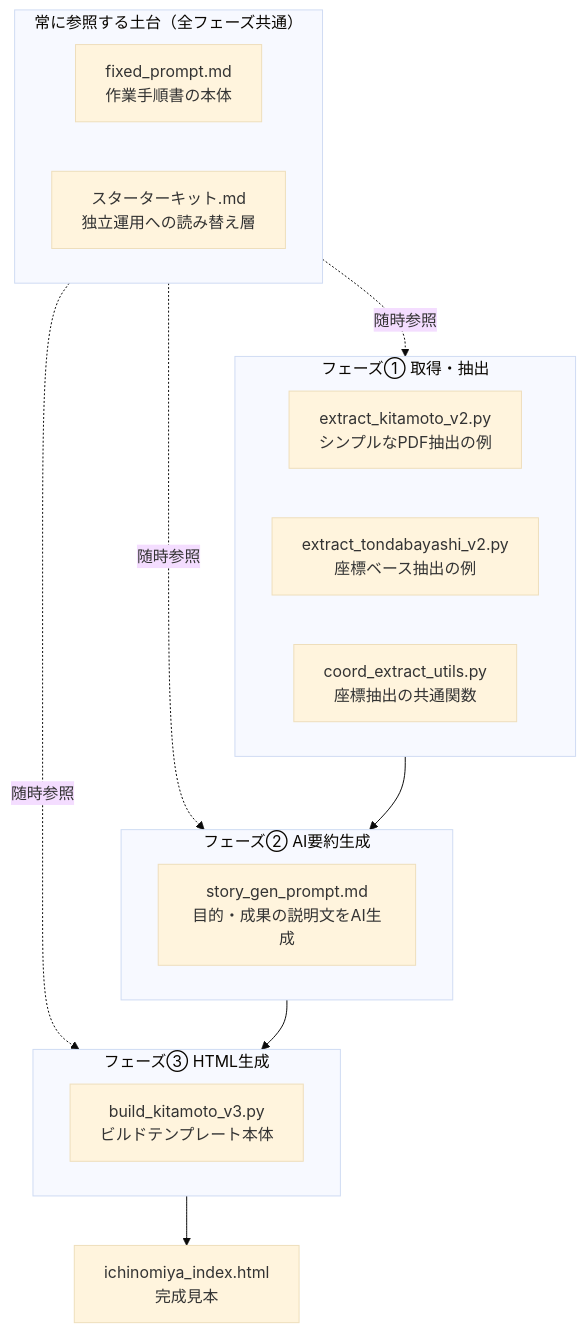
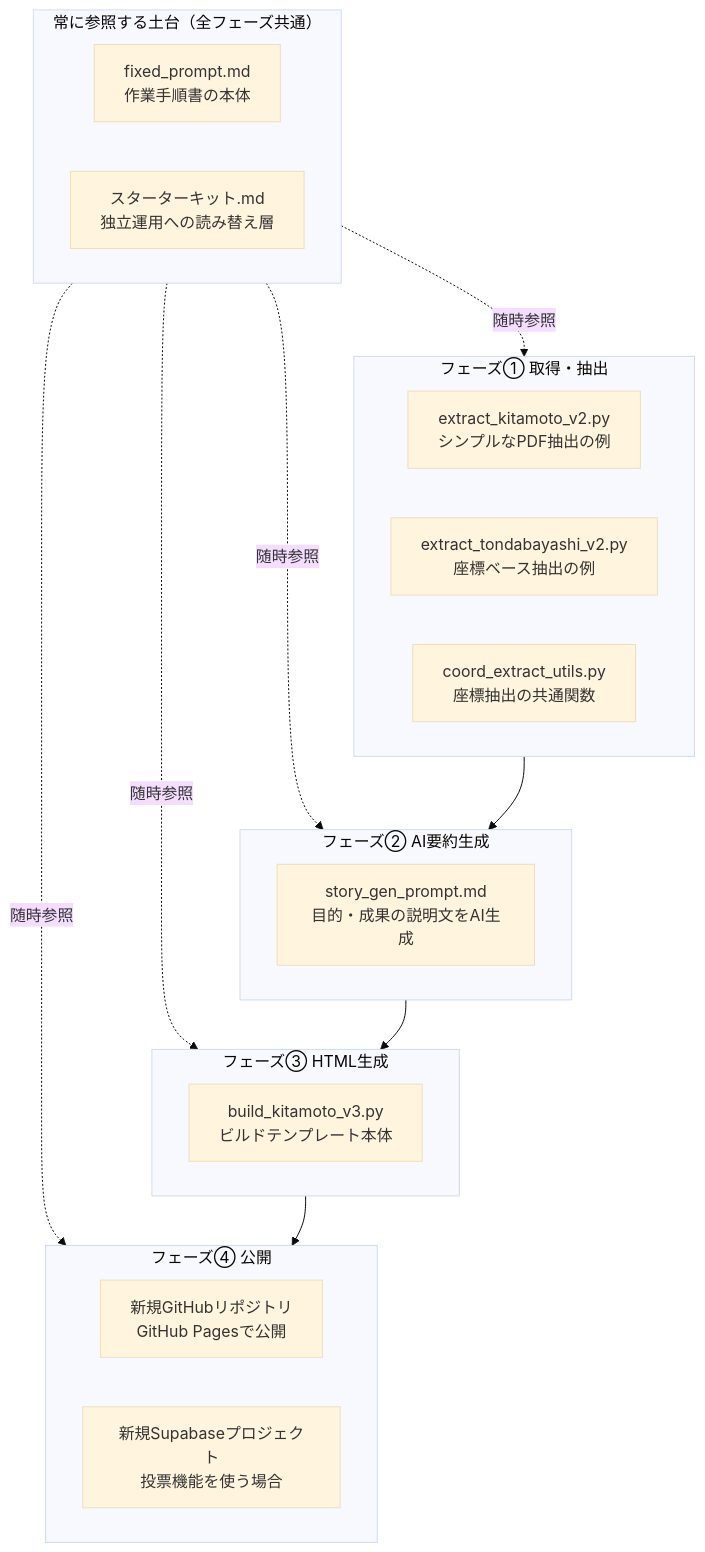
Before and after one commit to onuma-spec/jimujigyou-hyoka-starter-kit: the diagram in README.md, drawn with Mermaid (base theme). The commit also changed other lines of this file and 1 other file, not shown here.

````diff
--- a/README.md
+++ b/README.md
@@ -15,29 +15,33 @@
 ```mermaid
 flowchart TD
     subgraph base["常に参照する土台（全フェーズ共通）"]
         FP["fixed_prompt.md<br/>作業手順書の本体"]
         SK["スターターキット.md<br/>独立運用への読み替え層"]
     end
 
     subgraph p1["フェーズ① 取得・抽出"]
         E1["extract_kitamoto_v2.py<br/>シンプルなPDF抽出の例"]
         E2["extract_tondabayashi_v2.py<br/>座標ベース抽出の例"]
         E3["coord_extract_utils.py<br/>座標抽出の共通関数"]
     end
 
     subgraph p2["フェーズ② AI要約生成"]
         SG["story_gen_prompt.md<br/>目的・成果の説明文をAI生成"]
     end
 
     subgraph p3["フェーズ③ HTML生成"]
         BK["build_kitamoto_v3.py<br/>ビルドテンプレート本体"]
     end
 
-    IC["ichinomiya_index.html<br/>完成見本"]
+    subgraph p4["フェーズ④ 公開"]
+        GH["新規GitHubリポジトリ<br/>GitHub Pagesで公開"]
+        SB["新規Supabaseプロジェクト<br/>投票機能を使う場合"]
+    end
 
     base -.随時参照.-> p1
     base -.随時参照.-> p2
     base -.随時参照.-> p3
+    base -.随時参照.-> p4
 
-    p1 --> p2 --> p3 --> IC
+    p1 --> p2 --> p3 --> p4
 ```
````
